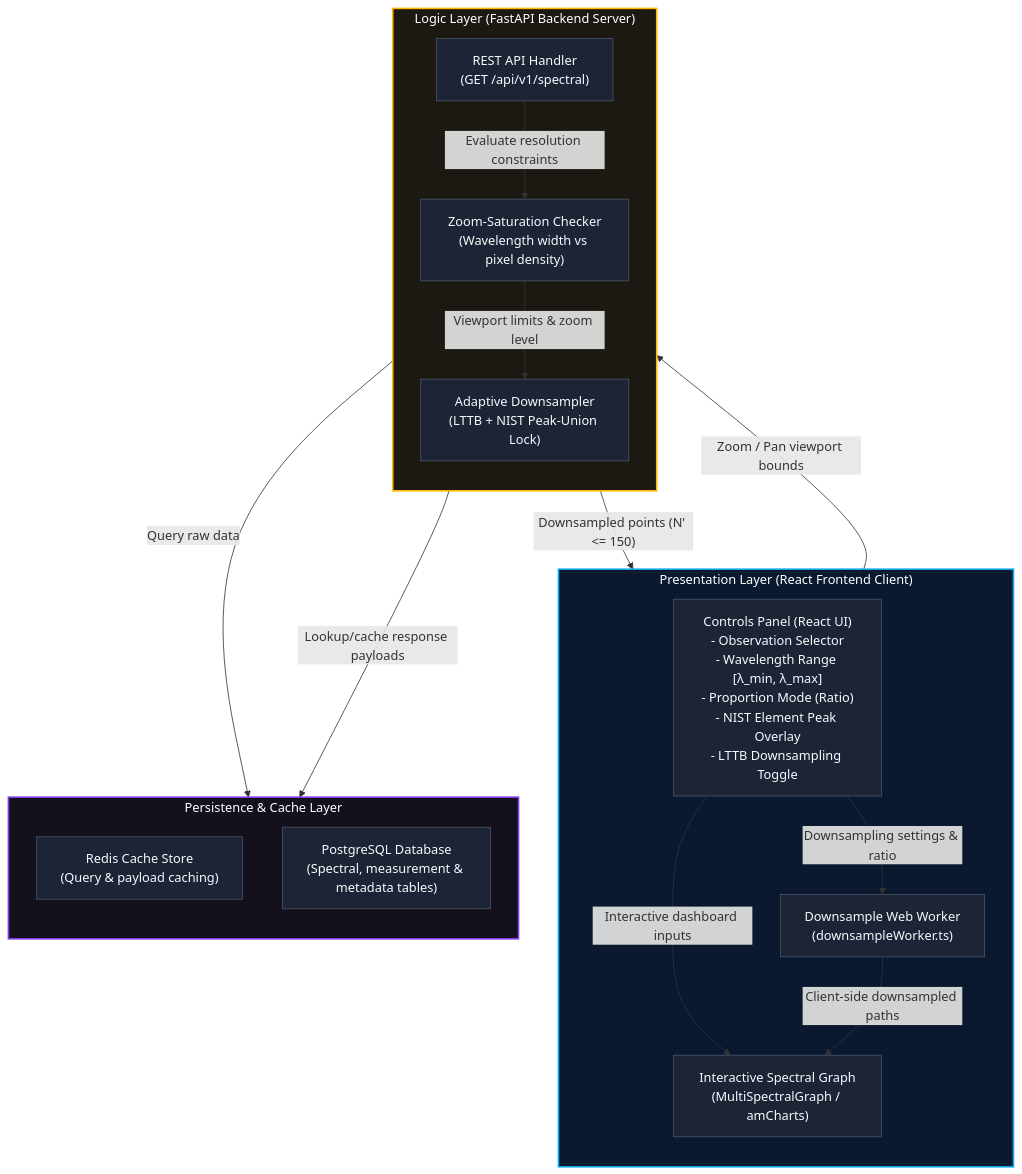
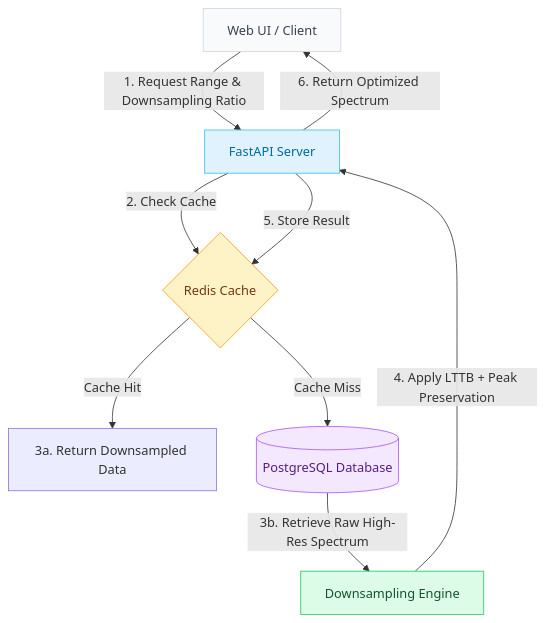
The second of 2 diagrams in README.md (LovekeshAnand/LunarAtlas), drawn with Mermaid before and after one commit. The commit also changed other lines of this file and 9 other files, not shown here.

````diff
--- a/README.md
+++ b/README.md
@@ -165,41 +163,19 @@
 ```mermaid
 flowchart TD
-    %% Subgraphs for Subsystems
-    subgraph SubClient["Presentation Layer (React Frontend Client)"]
-        direction TB
-        UIControls["Controls Panel (React UI)<br>- Observation Selector<br>- Wavelength Range [λ_min, λ_max]<br>- Proportion Mode (Ratio)<br>- NIST Element Peak Overlay<br>- LTTB Downsampling Toggle"]
-        Worker["Downsample Web Worker<br>(downsampleWorker.ts)"]
-        Dashboard["Interactive Spectral Graph<br>(MultiSpectralGraph / amCharts)"]
-    end
+    Client[Web UI / Client] -->|1. Request Range & Downsampling Ratio| Server[FastAPI Server]
+    Server -->|2. Check Cache| Cache{Redis Cache}
+    
+    Cache -->|Cache Hit| Return[3a. Return Downsampled Data]
+    Cache -->|Cache Miss| DB[(PostgreSQL Database)]
+    
+    DB -->|3b. Retrieve Raw High-Res Spectrum| Engine[Downsampling Engine]
+    Engine -->|4. Apply LTTB + Peak Preservation| Server
+    Server -->|5. Store Result| Cache
+    Server -->|6. Return Optimized Spectrum| Client
 
-    subgraph SubBackend["Logic Layer (FastAPI Backend Server)"]
-        direction TB
-        APIHandler["REST API Handler<br>(GET /api/v1/spectral)"]
-        SatCheck["Zoom-Saturation Checker<br>(Wavelength width vs pixel density)"]
-        LTTBEngine["Adaptive Downsampler<br>(LTTB + NIST Peak-Union Lock)"]
-    end
-
-    subgraph SubStorage["Persistence & Cache Layer"]
-        direction TB
-        RedisCache["Redis Cache Store<br>(Query & payload caching)"]
-        PostgresDB["PostgreSQL Database<br>(Spectral, measurement & metadata tables)"]
-    end
-
-    %% Flows indicating control parameters, requests, and datasets
-    UIControls -->|"Interactive dashboard inputs"| Dashboard
-    UIControls -->|"Downsampling settings & ratio"| Worker
-    Dashboard -->|"Zoom / Pan viewport bounds"| APIHandler
-    APIHandler -->|"Evaluate resolution constraints"| SatCheck
-    SatCheck -->|"Viewport limits & zoom level"| LTTBEngine
-    LTTBEngine -->|"Downsampled points (N' <= 150)"| Dashboard
-    LTTBEngine -->|"Query raw data"| PostgresDB
-    APIHandler -->|"Lookup/cache response payloads"| RedisCache
-    Worker -->|"Client-side downsampled paths"| Dashboard
-
-    %% Styling
-    style SubClient fill:#0a192f,stroke:#0ea5e9,stroke-width:2px,color:#ffffff
-    style SubBackend fill:#1b1912,stroke:#ffb703,stroke-width:2px,color:#ffffff
-    style SubStorage fill:#14111c,stroke:#8338ec,stroke-width:2px,color:#ffffff
-
-    classDef default fill:#1d2436,stroke:#4a5568,stroke-width:1px,color:#f7fafc;
+    style Client fill:#f9fafb,stroke:#d1d5db,stroke-width:1px,color:#374151
+    style Server fill:#e0f2fe,stroke:#38bdf8,stroke-width:1px,color:#0369a1
+    style Cache fill:#fef3c7,stroke:#f59e0b,stroke-width:1px,color:#78350f
+    style DB fill:#f3e8ff,stroke:#a855f7,stroke-width:1px,color:#581c87
+    style Engine fill:#dcfce7,stroke:#22c55e,stroke-width:1px,color:#14532d
 ```
````
